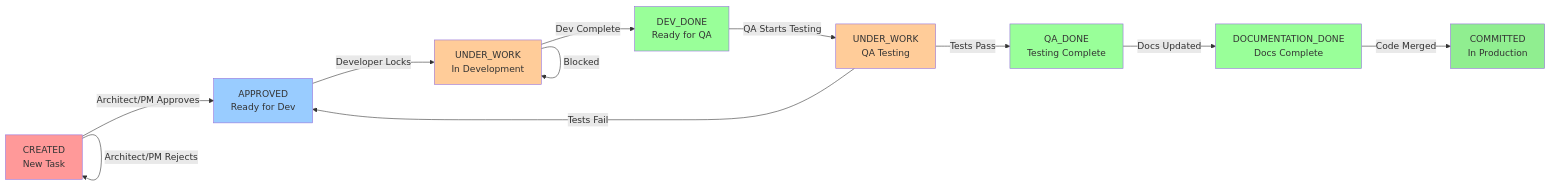
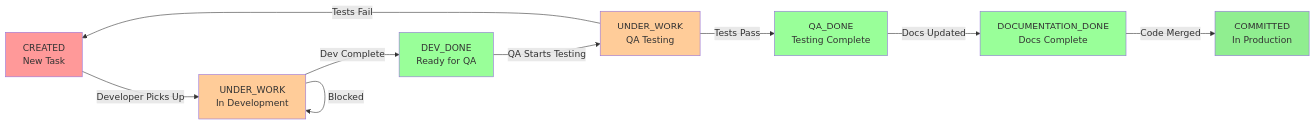
One commit to ocontant/headless_pm changed the diagram in docs/STATUS_FLOW_DIAGRAM.md. Above: the diagram before and after it, drawn with Mermaid. The commit also changed other lines of this file and 19 other files, not shown here.

````diff
--- a/docs/STATUS_FLOW_DIAGRAM.md
+++ b/docs/STATUS_FLOW_DIAGRAM.md
@@ -5,27 +5,23 @@
 ```mermaid
 graph LR
-    CREATED[CREATED<br/>New Task] -->|Architect/PM Approves| APPROVED[APPROVED<br/>Ready for Dev]
-    CREATED -->|Architect/PM Rejects| CREATED
-    
-    APPROVED -->|Developer Locks| UNDER_WORK[UNDER_WORK<br/>In Development]
+    CREATED[CREATED<br/>New Task] -->|Developer Picks Up| UNDER_WORK[UNDER_WORK<br/>In Development]
     
     UNDER_WORK -->|Dev Complete| DEV_DONE[DEV_DONE<br/>Ready for QA]
     UNDER_WORK -->|Blocked| UNDER_WORK
     
     DEV_DONE -->|QA Starts Testing| QA_TESTING[UNDER_WORK<br/>QA Testing]
     QA_TESTING -->|Tests Pass| QA_DONE[QA_DONE<br/>Testing Complete]
-    QA_TESTING -->|Tests Fail| APPROVED
+    QA_TESTING -->|Tests Fail| CREATED
     
     QA_DONE -->|Docs Updated| DOC_DONE[DOCUMENTATION_DONE<br/>Docs Complete]
     
     DOC_DONE -->|Code Merged| COMMITTED[COMMITTED<br/>In Production]
     
     style CREATED fill:#ff9999
-    style APPROVED fill:#99ccff
     style UNDER_WORK fill:#ffcc99
     style DEV_DONE fill:#99ff99
     style QA_TESTING fill:#ffcc99
     style QA_DONE fill:#99ff99
     style DOC_DONE fill:#99ff99
     style COMMITTED fill:#90EE90
 ```
````
